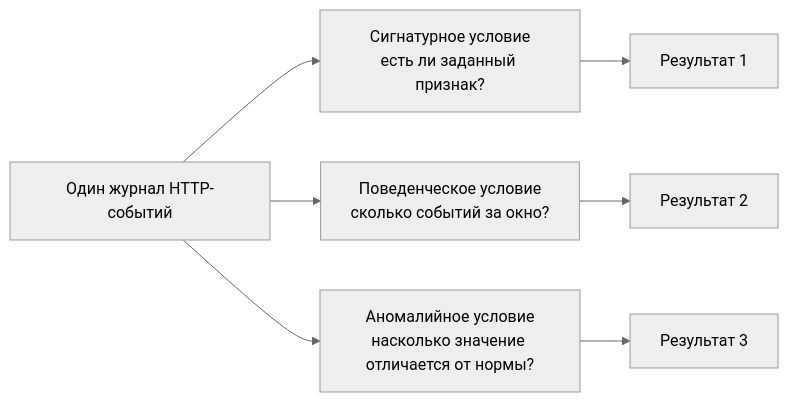
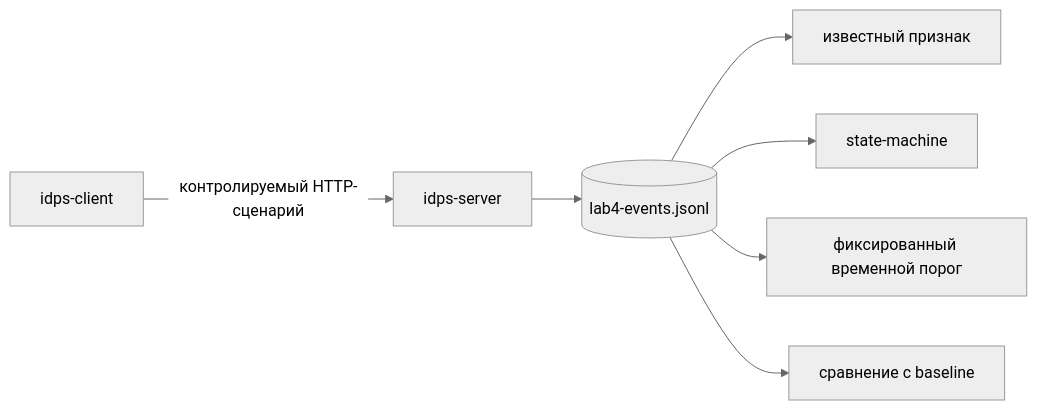
Before and after one commit to 11ndra/spvo: the diagram in docs/labs/lab04/index.md, drawn with Mermaid (neutral theme). The commit also changed other lines of this file and 24 other files, not shown here.

````diff
--- a/docs/labs/lab04/index.md
+++ b/docs/labs/lab04/index.md
@@ -24,9 +58,9 @@
 ```mermaid
 flowchart LR
-    E[Один журнал HTTP-событий] --> S[Сигнатурное условие\nесть ли заданный признак?]
-    E --> B[Поведенческое условие\nсколько событий за окно?]
-    E --> A[Аномалийное условие\nнасколько значение отличается от нормы?]
-    S --> R1[Результат 1]
-    B --> R2[Результат 2]
-    A --> R3[Результат 3]
+    C[idps-client] -->|контролируемый HTTP-сценарий| S[idps-server]
+    S --> J[(lab4-events.jsonl)]
+    J --> SG[известный признак]
+    J --> ST[state-machine]
+    J --> BH[фиксированный временной порог]
+    J --> AN[сравнение с baseline]
 ```
````
